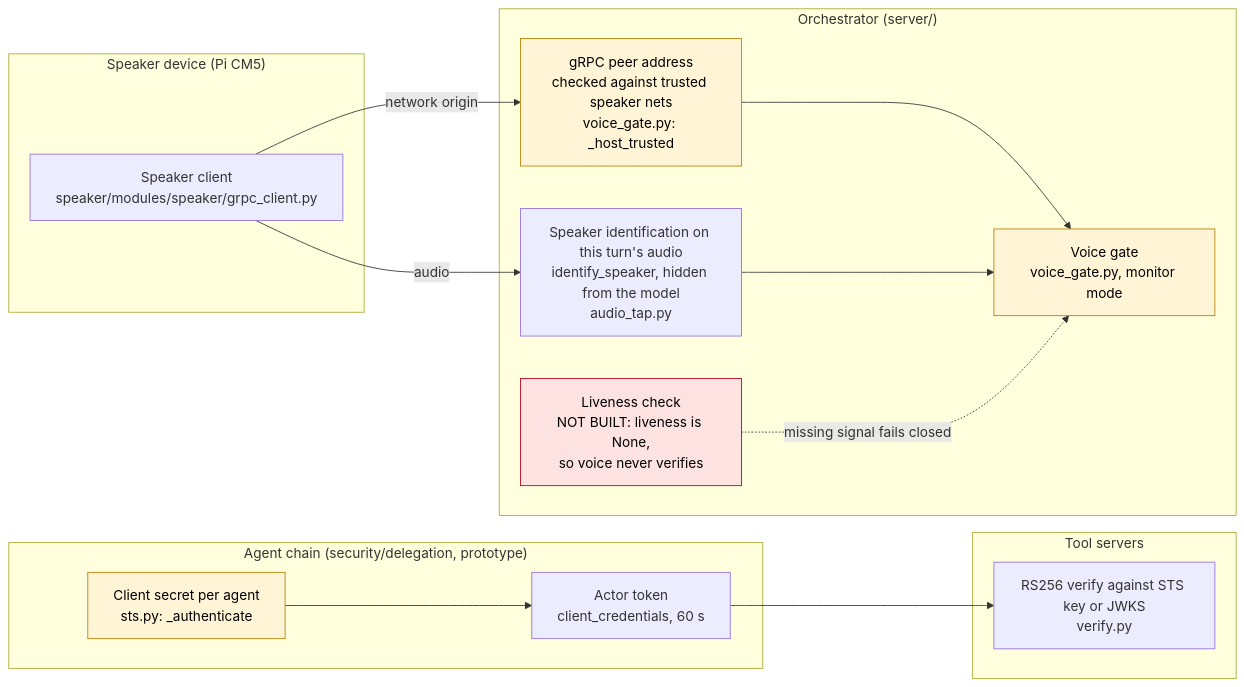
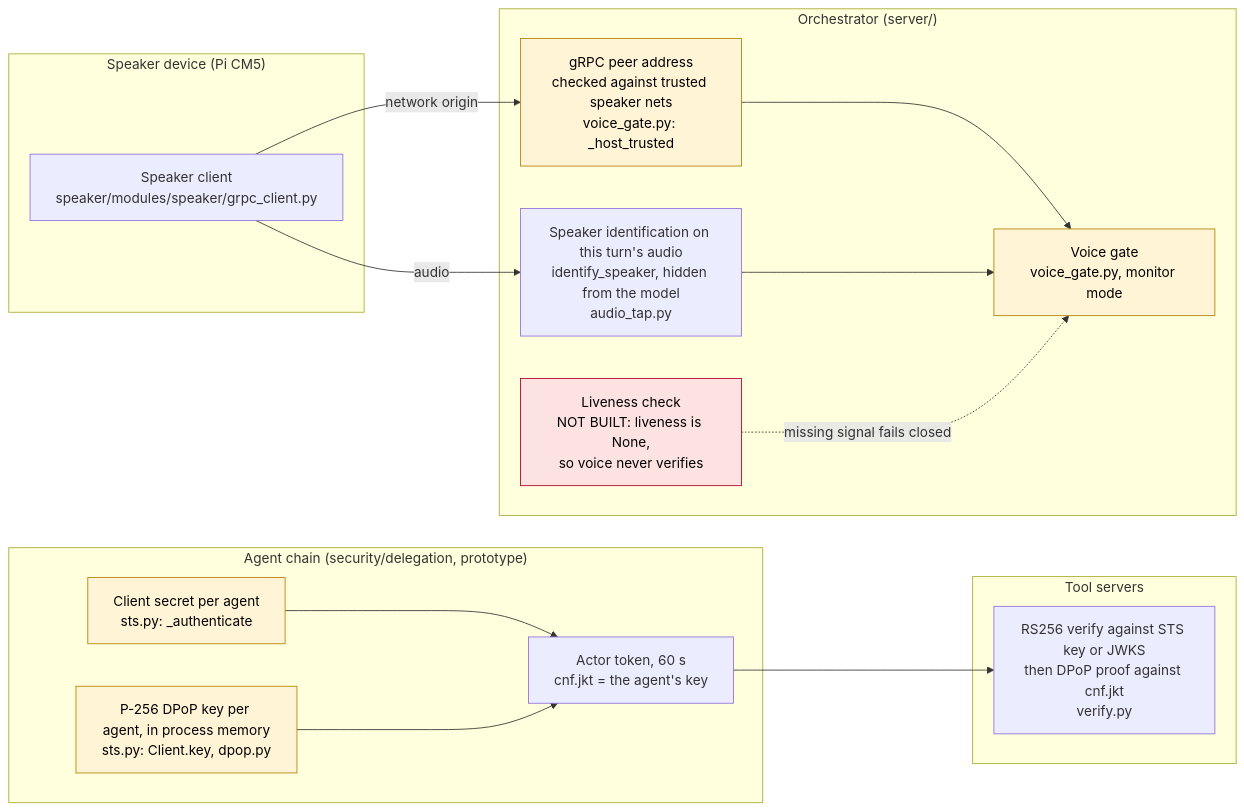
The first of 5 diagrams in security/DIAGRAMS.md (ianisms/ai-orchestrator), drawn with Mermaid before and after one commit. The commit also changed other lines of this file and 16 other files, not shown here.

````diff
--- a/security/DIAGRAMS.md
+++ b/security/DIAGRAMS.md
@@ -16,34 +16,36 @@
 ```mermaid
 flowchart LR
     subgraph Device["Speaker device (Pi CM5)"]
         SPK[Speaker client<br/>speaker/modules/speaker/grpc_client.py]
     end
 
     subgraph Orch["Orchestrator (server/)"]
         PEER["gRPC peer address<br/>checked against trusted speaker nets<br/>voice_gate.py: _host_trusted"]
         SID["Speaker identification on this turn's audio<br/>identify_speaker, hidden from the model<br/>audio_tap.py"]
         LIVE["Liveness check<br/>NOT BUILT: liveness is None,<br/>so voice never verifies"]
         GATE["Voice gate<br/>voice_gate.py, monitor mode"]
     end
 
     subgraph Agents["Agent chain (security/delegation, prototype)"]
         CS["Client secret per agent<br/>sts.py: _authenticate"]
-        ACT["Actor token<br/>client_credentials, 60 s"]
+        KEY["P-256 DPoP key per agent, in process memory<br/>sts.py: Client.key, dpop.py"]
+        ACT["Actor token, 60 s<br/>cnf.jkt = the agent's key"]
     end
 
     subgraph Tools["Tool servers"]
-        VER["RS256 verify against STS key or JWKS<br/>verify.py"]
+        VER["RS256 verify against STS key or JWKS<br/>then DPoP proof against cnf.jkt<br/>verify.py"]
     end
 
     SPK -->|"network origin"| PEER
     SPK -->|"audio"| SID
     PEER --> GATE
     SID --> GATE
     LIVE -.->|"missing signal fails closed"| GATE
-    CS --> ACT --> VER
+    CS --> ACT
+    KEY --> ACT --> VER
 
     classDef gap fill:#fde2e2,stroke:#b00020,color:#000;
     classDef partial fill:#fff4d6,stroke:#b58100,color:#000;
     class LIVE gap;
-    class PEER,CS,GATE partial;
+    class PEER,CS,KEY,GATE partial;
 ```
````
